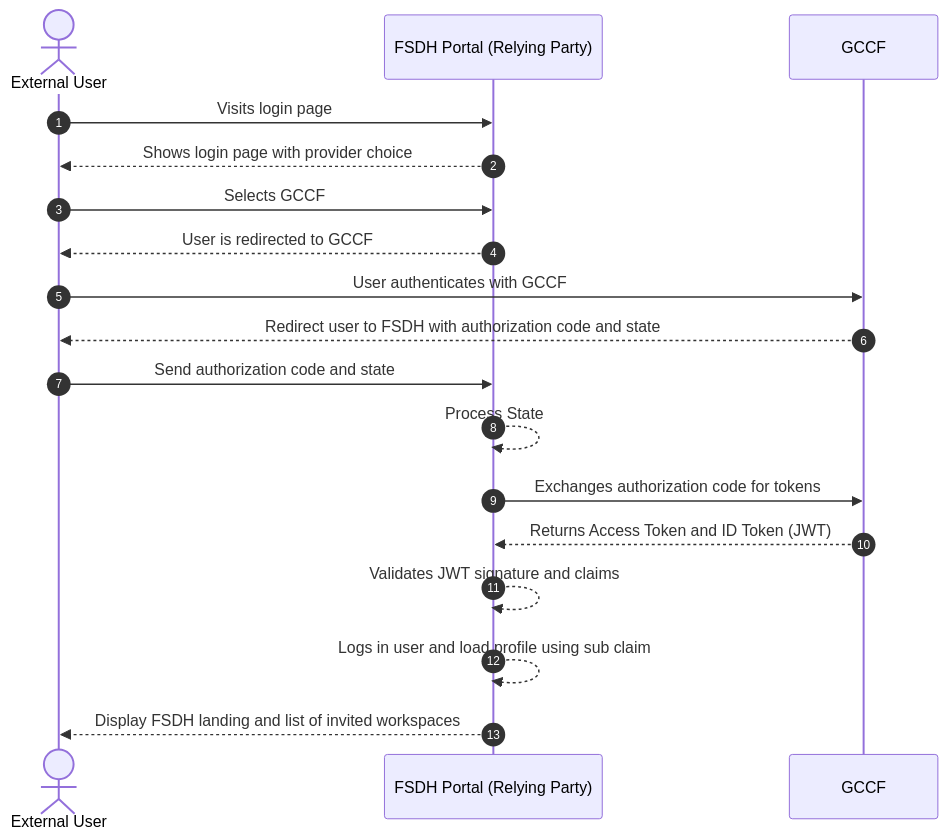
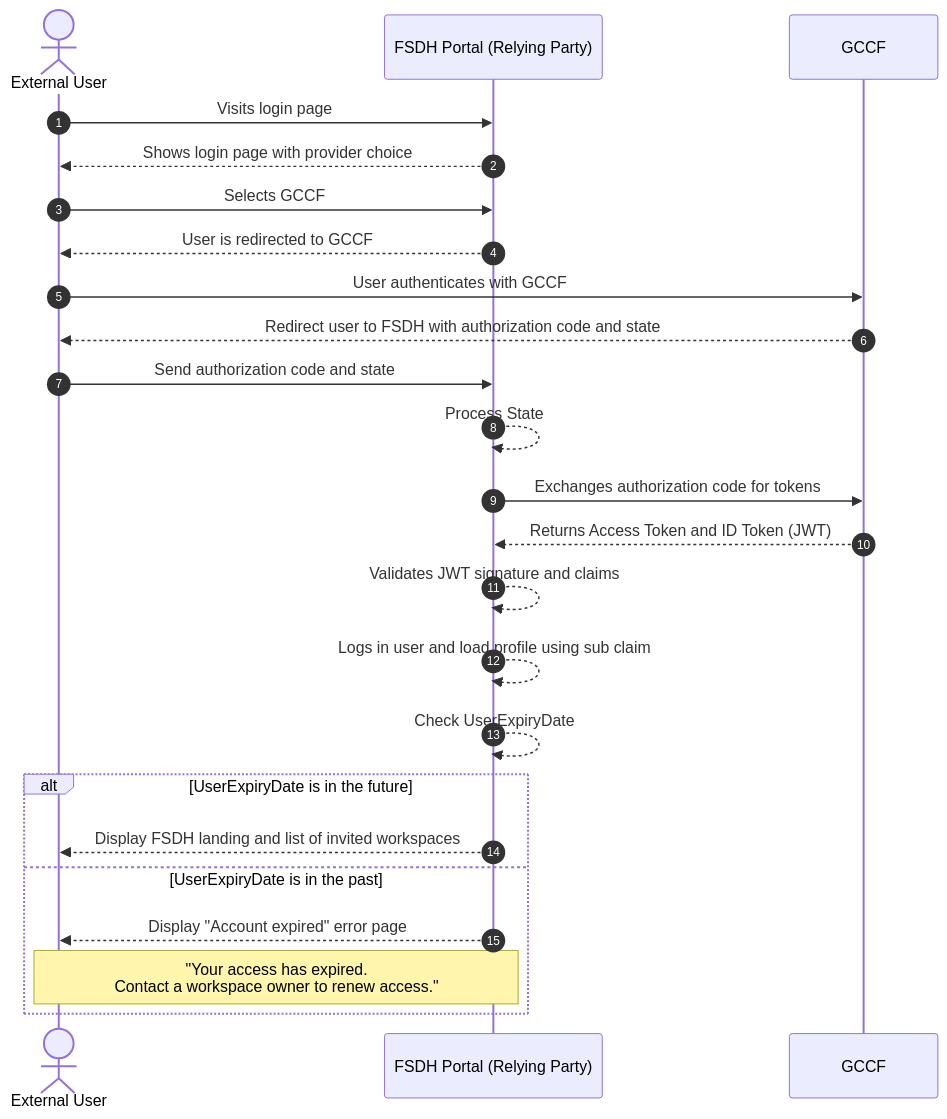
One commit to ssc-sp/datahub-docs changed the first of 12 diagrams in DeveloperGuide/GCCF/AuthenticationFlows.md. Above: the diagram before and after it, drawn with Mermaid. The commit also changed other lines of this file and 2 other files, not shown here.

````diff
--- a/DeveloperGuide/GCCF/AuthenticationFlows.md
+++ b/DeveloperGuide/GCCF/AuthenticationFlows.md
@@ -11,19 +11,25 @@
 ```mermaid
 sequenceDiagram
     actor User as External User
     participant FSDH as FSDH Portal (Relying Party)
     autonumber
     User->>FSDH: Visits login page
     FSDH-->>User: Shows login page with provider choice
     User->>FSDH: Selects GCCF
     FSDH-->>User: User is redirected to GCCF
     User->>GCCF: User authenticates with GCCF
     GCCF-->>User: Redirect user to FSDH with authorization code and state
     User->>FSDH: Send authorization code and state
     FSDH-->>FSDH: Process State
     FSDH->>GCCF: Exchanges authorization code for tokens
     GCCF-->>FSDH: Returns Access Token and ID Token (JWT)
     FSDH-->>FSDH: Validates JWT signature and claims
     FSDH-->>FSDH: Logs in user and load profile using sub claim
-    FSDH-->>User: Display FSDH landing and list of invited workspaces
+    FSDH-->>FSDH: Check UserExpiryDate
+    alt UserExpiryDate is in the future
+        FSDH-->>User: Display FSDH landing and list of invited workspaces
+    else UserExpiryDate is in the past
+        FSDH-->>User: Display "Account expired" error page
+        Note over User,FSDH: "Your access has expired.<br/>Contact a workspace owner to renew access."
+    end
 ```
````
